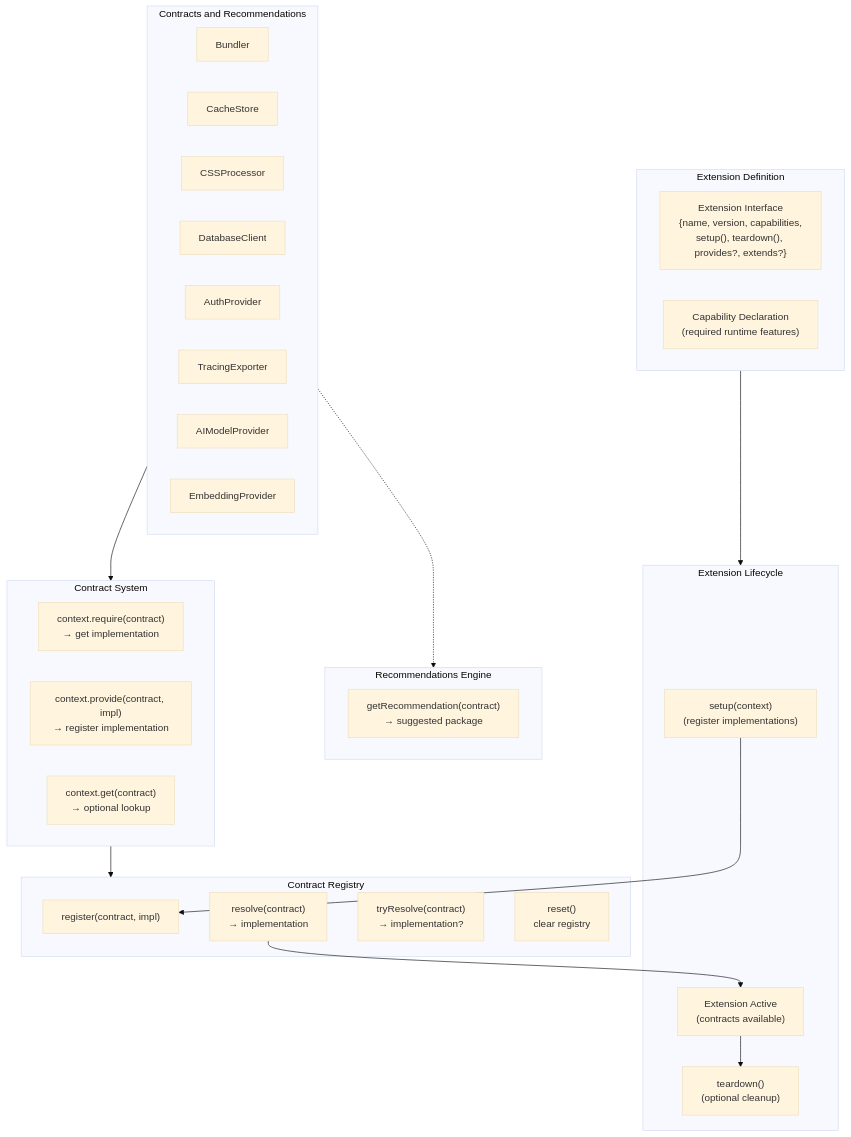
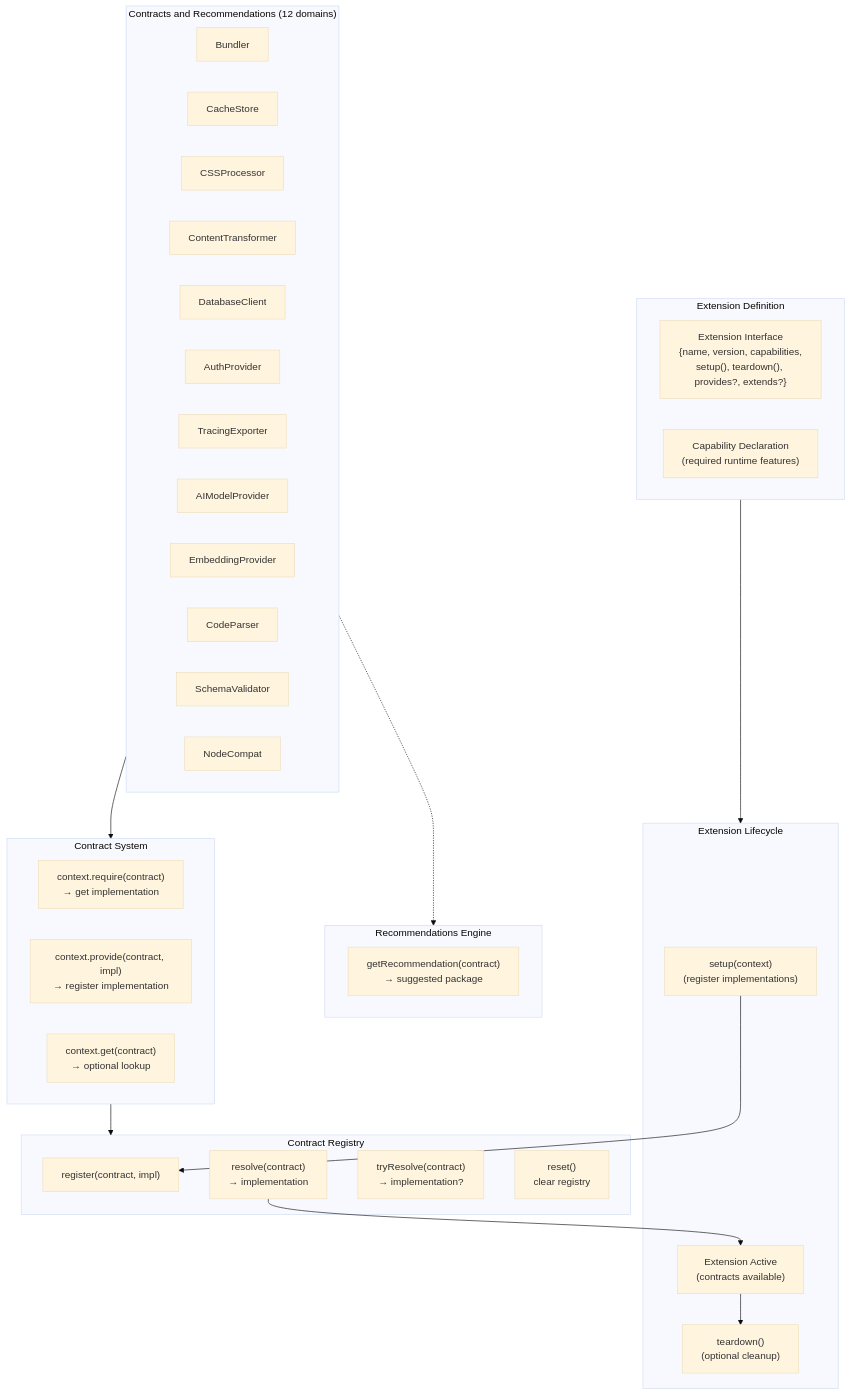
The second of 5 diagrams in docs/architecture/06-discovery-extensions.md (veryfront/veryfront-code), drawn with Mermaid (base theme) before and after one commit. The commit also changed other lines of this file and 2 other files, not shown here.

Commit message:
docs: fix remaining accuracy issues from code verification
- Fix Deno HTTP/2 capability to true (matches adapter code)
- Add JSX and Workers rows to capabilities table
- Add 4 missing extension contracts (ContentTransformer, CodeParser,
  SchemaValidator, NodeCompat) to match recommendations.ts
- Add missing MCP methods: tasks/result, resources/templates/list,
  completion/complete, logging/setLevel, notifications/*
- Fix discovery test file exclusion claim: files are not filtered

````diff
--- a/docs/architecture/06-discovery-extensions.md
+++ b/docs/architecture/06-discovery-extensions.md
@@ -94,49 +94,53 @@
 ```mermaid
 graph TB
     subgraph ExtDef["Extension Definition"]
         ExtInterface["Extension Interface<br/>{name, version, capabilities,<br/>setup(), teardown(), provides?, extends?}"]
         Capability["Capability Declaration<br/>(required runtime features)"]
     end
 
-    subgraph Contracts["Contracts and Recommendations"]
+    subgraph Contracts["Contracts and Recommendations (12 domains)"]
         Bundler["Bundler"]
         CacheStore["CacheStore"]
         CSSProcessor["CSSProcessor"]
+        ContentTx["ContentTransformer"]
         DatabaseClient["DatabaseClient"]
         AuthProvider["AuthProvider"]
         TracingExporter["TracingExporter"]
         AIModelProvider["AIModelProvider"]
         EmbeddingProvider["EmbeddingProvider"]
+        CodeParser["CodeParser"]
+        SchemaValidator["SchemaValidator"]
+        NodeCompat["NodeCompat"]
     end
 
     subgraph ContractSystem["Contract System"]
         Require["context.require(contract)<br/>→ get implementation"]
         Provide["context.provide(contract, impl)<br/>→ register implementation"]
         Get["context.get(contract)<br/>→ optional lookup"]
     end
 
     subgraph Registry2["Contract Registry"]
         Register["register(contract, impl)"]
         Resolve["resolve(contract)<br/>→ implementation"]
         TryResolve["tryResolve(contract)<br/>→ implementation?"]
         Reset["reset()<br/>clear registry"]
     end
 
     subgraph Lifecycle["Extension Lifecycle"]
         Setup["setup(context)<br/>(register implementations)"]
         Active["Extension Active<br/>(contracts available)"]
         Teardown["teardown()<br/>(optional cleanup)"]
     end
 
     subgraph Recommendations["Recommendations Engine"]
         Recommend["getRecommendation(contract)<br/>→ suggested package"]
     end
 
     Contracts --> ContractSystem
     ContractSystem --> Registry2
     ExtDef --> Lifecycle
     Setup --> Register
     Resolve --> Active
     Active --> Teardown
     Contracts -.-> Recommendations
 ```
````
